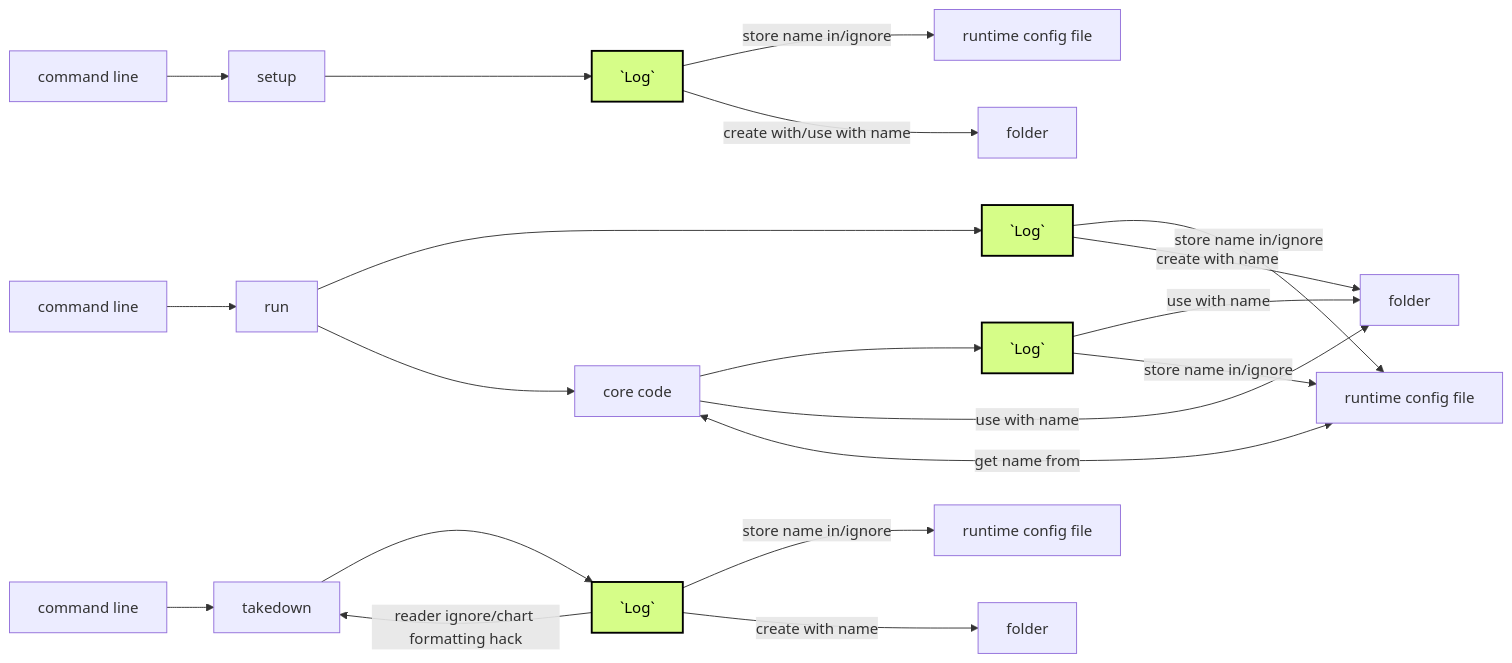
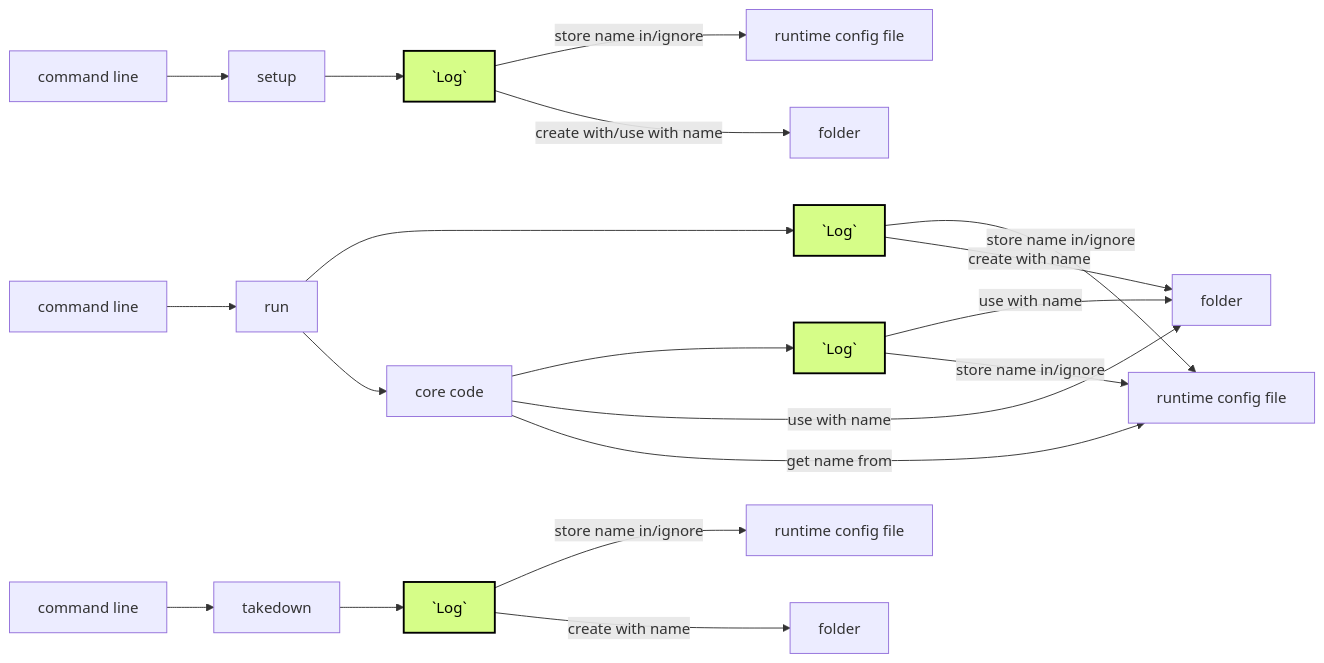
One commit to SuffolkLITLab/ALKiln changed the third of 3 diagrams in docs/artifacts_folder_name.md. Above: the diagram before and after it, drawn with Mermaid. The commit also changed other lines of this file and 2 other files, not shown here.

Commit message:
Add to CHANGELOG, correct/add diagrams. Mermaid needs "o" hack.

````diff
--- a/docs/artifacts_folder_name.md
+++ b/docs/artifacts_folder_name.md
@@ -103,26 +104,25 @@
 ```mermaid
 flowchart LR
     cmd1[command line] --> setup
     setup["setup"] --> log1["#96;Log#96;"]:::log
-    log1 -- store name in/ignore --> runtime1["runtime config file"]
-    log1 -- create with/use with name --> folder1[folder]
+    log1 --store name in/ignore--> runtime1["runtime config file"]
+    log1 --create with/use with name--> folder1[folder]
 
     cmd2[command line] --> run["run"]
     run --> log2["#96;Log#96;"]:::log
-    log2 -- store name in/ignore --> runtime2["runtime config file"]
-    log2 -- create with name --> folder2[folder]
+    log2 --store name in/ignore--> runtime2["runtime config file"]
+    log2 --create with name--> folder2[folder]
     run --> core["core code"]
     core --> log3["#96;Log#96;"]:::log
-    core -- use with name --> folder2
-    core -- get name from <--> runtime2
-    log3 -- use with name --> folder2
-    log3 -- store name in/ignore --> runtime2
+    core --use with name--> folder2
+    core --get name from--> runtime2
+    log3 --use with name--> folder2
+    log3 --store name in/ignore--> runtime2
 
     cmd3[command line] --> takedown["takedown"]
     takedown --> log4["#96;Log#96;"]:::log
-    log4 -- reader ignore/chart formatting hack --> takedown
-    log4 -- store name in/ignore --> runtime3["runtime config file"]
-    log4 -- create with name --> folder5[folder]
+    log4 --store name in/ignore--> runtime3["runtime config file"]
+    log4 --create with name--> folder5[folder]
 
 classDef log fill:#d6fd88,stroke:#000,stroke-width:2px,color:#000
 ```
````
